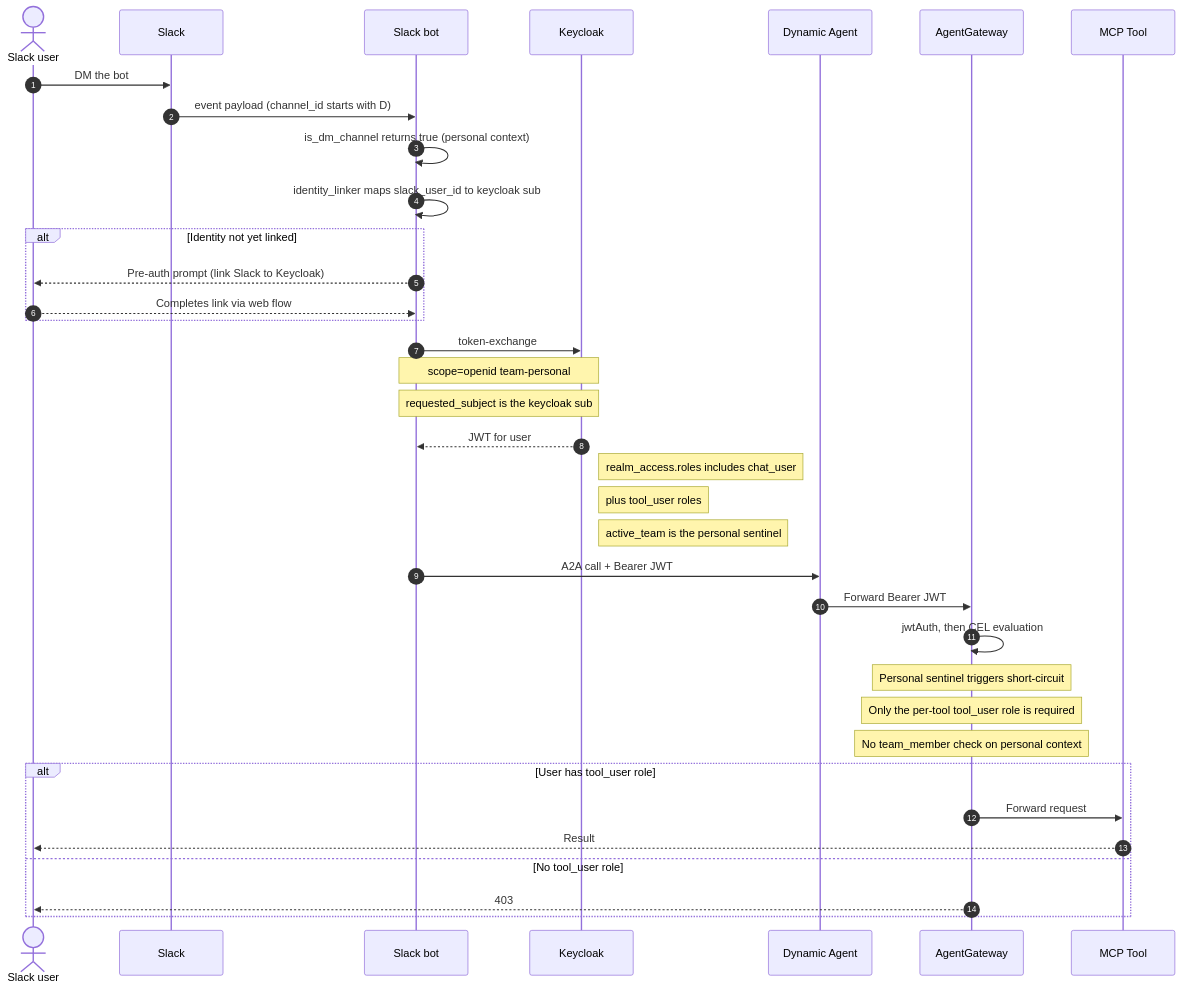
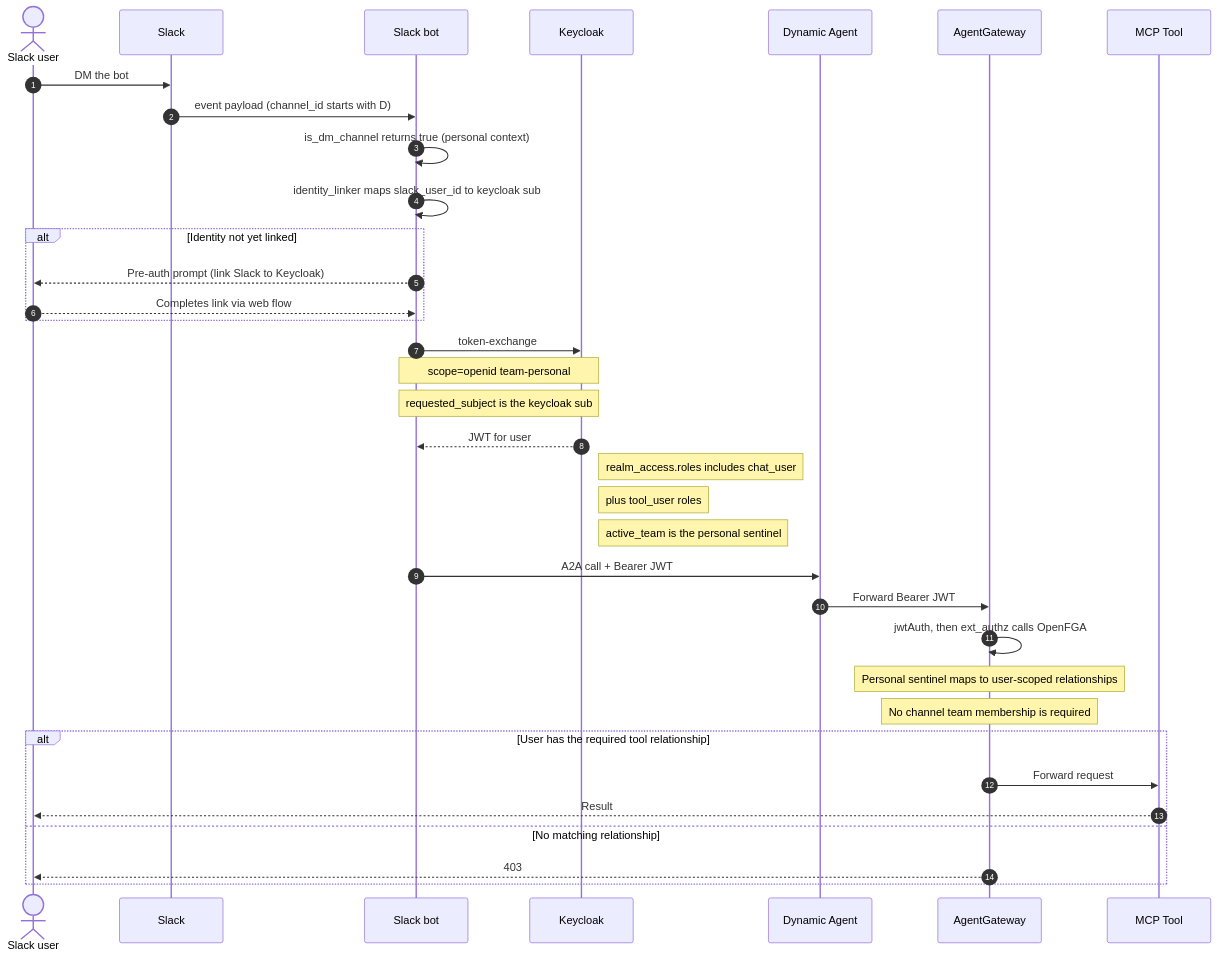
Before and after one commit to cnoe-io/ai-platform-engineering: the fifth of 5 diagrams in docs/docs/security/rbac/roles-scopes-comparison.md, drawn with Mermaid. The commit also changed other lines of this file and 8 other files, not shown here.

````diff
--- a/docs/docs/security/rbac/roles-scopes-comparison.md
+++ b/docs/docs/security/rbac/roles-scopes-comparison.md
@@ -496,40 +492,39 @@
 ```mermaid
 sequenceDiagram
     autonumber
     actor SlackUser as Slack user
     participant Slack
     participant Bot as Slack bot
     participant KC as Keycloak
     participant SUP as Dynamic Agent
     participant AGW as AgentGateway
     participant MCP as MCP Tool
 
     SlackUser->>Slack: DM the bot
     Slack->>Bot: event payload (channel_id starts with D)
     Bot->>Bot: is_dm_channel returns true (personal context)
     Bot->>Bot: identity_linker maps slack_user_id to keycloak sub
     alt Identity not yet linked
         Bot-->>SlackUser: Pre-auth prompt (link Slack to Keycloak)
         SlackUser-->>Bot: Completes link via web flow
     end
     Bot->>KC: token-exchange
     Note over Bot,KC: scope=openid team-personal
     Note over Bot,KC: requested_subject is the keycloak sub
     KC-->>Bot: JWT for user
     Note right of KC: realm_access.roles includes chat_user
     Note right of KC: plus tool_user roles
     Note right of KC: active_team is the personal sentinel
 
     Bot->>SUP: A2A call + Bearer JWT
     SUP->>AGW: Forward Bearer JWT
-    AGW->>AGW: jwtAuth, then CEL evaluation
-    Note over AGW: Personal sentinel triggers short-circuit
-    Note over AGW: Only the per-tool tool_user role is required
-    Note over AGW: No team_member check on personal context
-    alt User has tool_user role
+    AGW->>AGW: jwtAuth, then ext_authz calls OpenFGA
+    Note over AGW: Personal sentinel maps to user-scoped relationships
+    Note over AGW: No channel team membership is required
+    alt User has the required tool relationship
         AGW->>MCP: Forward request
         MCP-->>SlackUser: Result
-    else No tool_user role
+    else No matching relationship
         AGW-->>SlackUser: 403
     end
 ```
````
